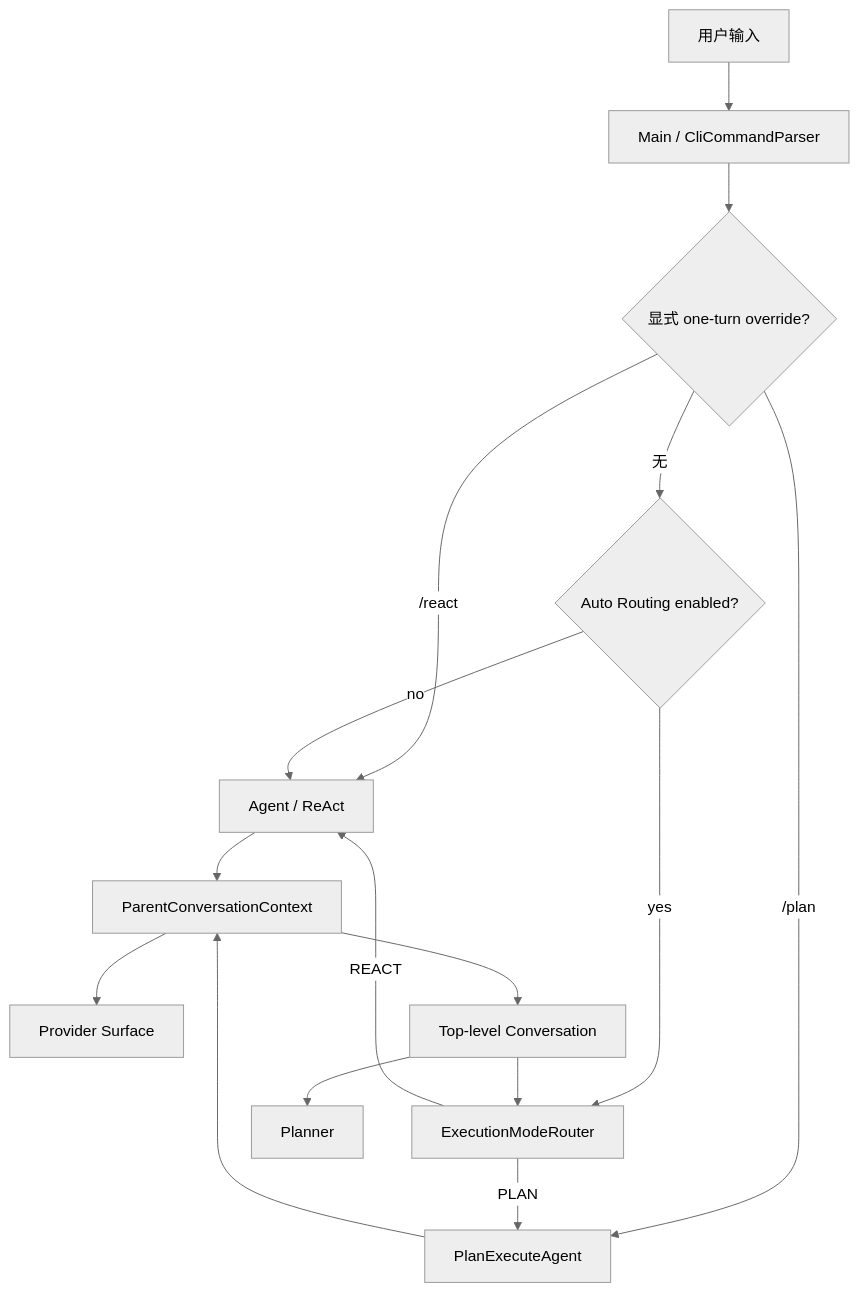
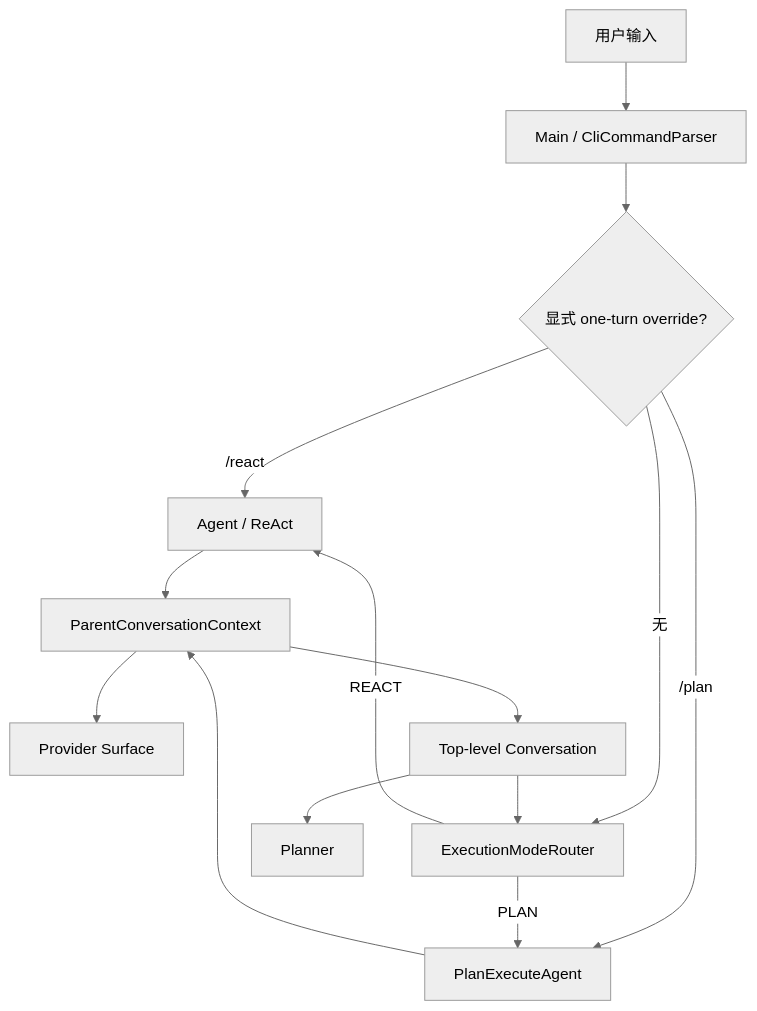
One commit to zgjdev/Code-Agent changed the second of 4 diagrams in docs/dev/15-auto-execution-mode-routing.md. Above: the diagram before and after it, drawn with Mermaid (neutral theme). The commit also changed other lines of this file and 23 other files, not shown here.

````diff
--- a/docs/dev/15-auto-execution-mode-routing.md
+++ b/docs/dev/15-auto-execution-mode-routing.md
@@ -175,18 +174,16 @@
 ```mermaid
 graph TB
     U[用户输入] --> CLI[Main / CliCommandParser]
     CLI --> O{显式 one-turn override?}
     O -->|/react| REACT[Agent / ReAct]
     O -->|/plan| PLAN[PlanExecuteAgent]
-    O -->|无| ENABLED{Auto Routing enabled?}
-    ENABLED -->|no| REACT
-    ENABLED -->|yes| ROUTER[ExecutionModeRouter]
+    O -->|无| ROUTER[ExecutionModeRouter]
     ROUTER -->|REACT| REACT
     ROUTER -->|PLAN| PLAN
     REACT --> PC[ParentConversationContext]
     PLAN --> PC
     PC --> PS[Provider Surface]
     PC --> TC[Top-level Conversation]
     TC --> ROUTER
     TC --> PLANNER[Planner]
 ```
````
